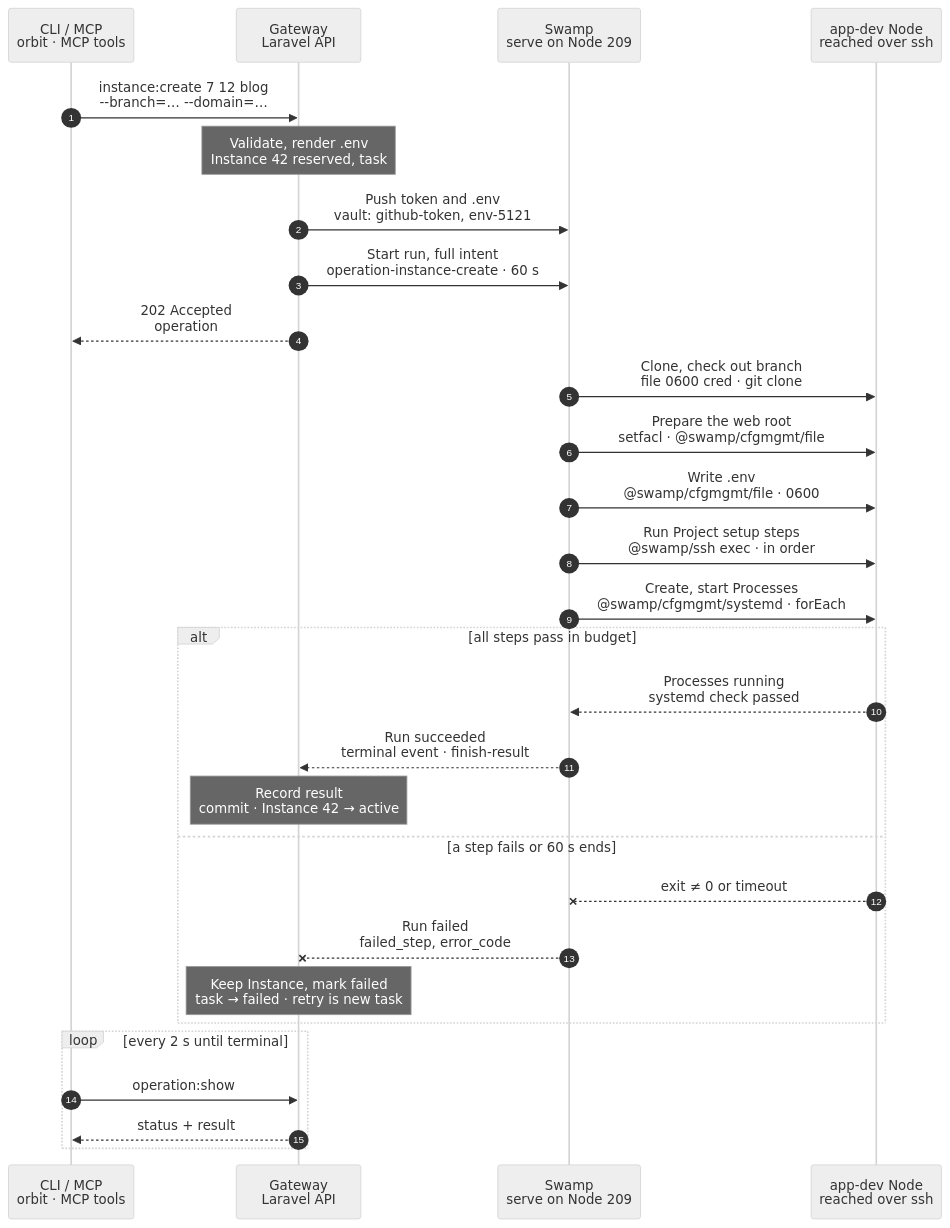
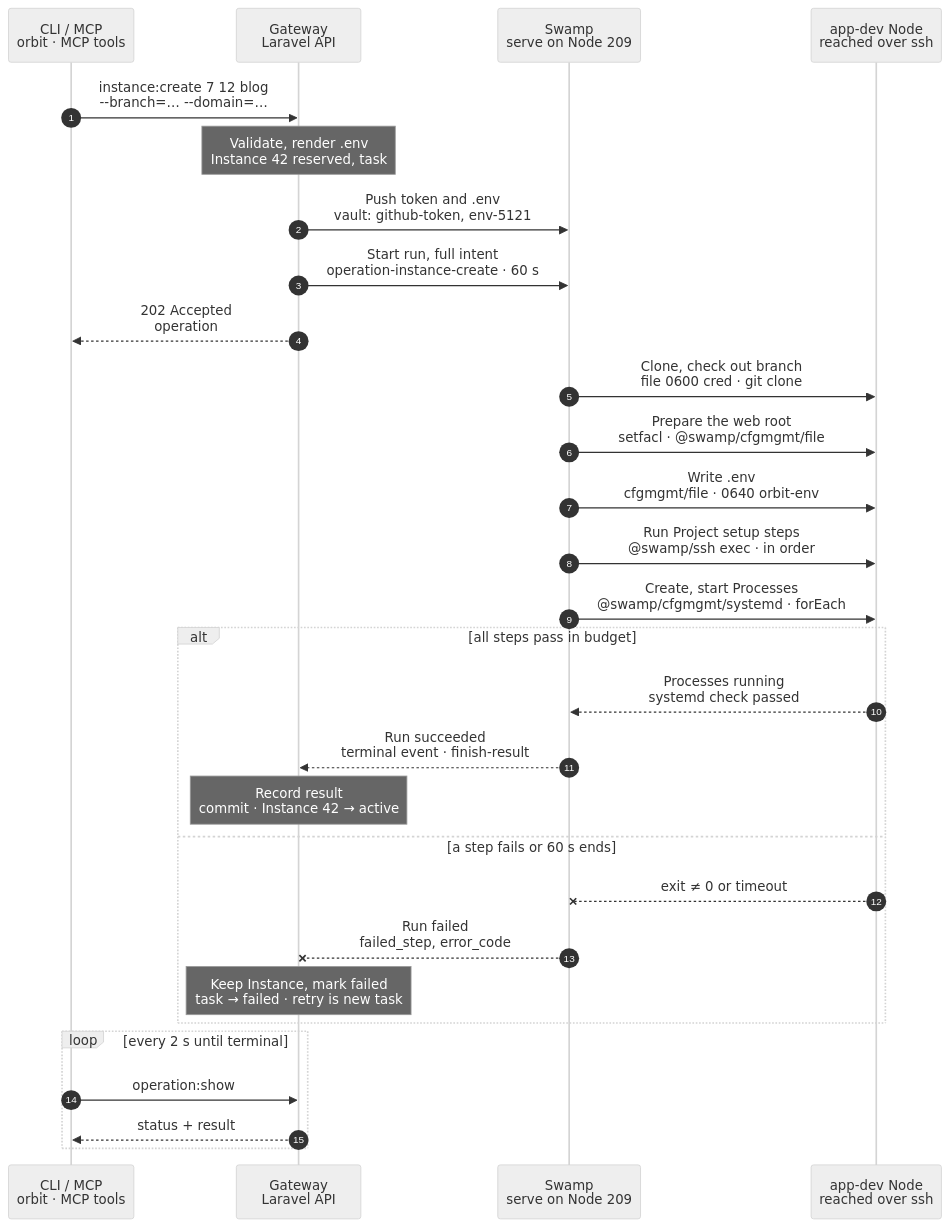
Before and after one commit to hardimpactdev/orbit: the diagram in docs/cli/instance/create.mmd, drawn with Mermaid (neutral theme). The commit also changed 64 other files, not shown here.

```diff
--- a/docs/cli/instance/create.mmd
+++ b/docs/cli/instance/create.mmd
@@ -1,165 +1,166 @@
 sequenceDiagram
   %% Target design: ADR 0244 task + full intent as inputs, single Swamp Node, DECISIONS 1 (token minted at admission, vault.get), Gateway renders .env from the Project env template (orbit-gateway-renders-create-env; Nick 2026-11-01), budget rule swamp-operation-time-budgets (<10 s, 60 s).
   %% Tightened: flow-tighten 2026-11-02, rules 1-22 (rule 22: cfgmgmt file/systemd, 0600 credential file for the private fetch).
   %% Decided: Nick 2026-11-02, .env.testing only for an owned MySQL/PostgreSQL database, rendered by the Gateway and written by the same file step.
   %% status: reviewed
   %% command: instance:create
   %% kind: instance.create
   autonumber
   %% lane CLI icon=terminal pill=caller tone=gray
   %% lane GW icon=gateway pill=intent tone=blue
   %% lane SW icon=workflow pill=executes tone=green
   %% lane N icon=server pill=target tone=amber
   participant CLI as CLI / MCP<br/>orbit · MCP tools
   participant GW as Gateway<br/>Laravel API
   participant SW as Swamp<br/>serve on Node 209
   participant N as app-dev Node<br/>reached over ssh
   CLI->>GW: instance:create 7 12 blog<br/>--branch=… --domain=…
   %%> Command:
   %%> - `orbit instance:create 7 12 blog --branch=feature/blog`
   %%> - syntax: `<project> <node> <name> [--branch=BRANCH] [--domain=HOST] [--root=PATH] [--database-server=SLUG]`
   %%> Input:
   %%> - Project, app-dev Node and Instance name
   %%> - optional: branch, domain, Database server for the Instance's database
   %%> Who can call it:
   %%> - the `orbit` CLI and the MCP tool send the same request
   Note over GW: Validate, render .env<br/>Instance 42 reserved, task #5121
   %%> Requirements:
   %%> - your Node has an access grant to Node 12
   %%> - the Node has the `app-dev` role
   %%> - the Project may be placed on this Node (not excluded)
   %%> - the Instance name and path are free
   %%> Renders .env:
   %%> - from the Project's stored env template, with its placeholders
   %%> - filled with Instance values: `APP_URL`, a new `APP_KEY`, database keys
   %%> Renders .env.testing:
   %%> - only when Instance 42 owns a database on a MySQL or PostgreSQL server
   %%> - the same `.env` with `APP_ENV=testing` and the test database credentials
   %%> - SQLite: none; `phpunit.xml` (`:memory:`) decides
   %%> Result:
   %%> - Instance 42 recorded as reserved, with its rendered environment
   %%> - task #5121 recorded with the full intent
   %%> - nothing has happened on the Node yet
   GW->>SW: Push token and .env<br/>vault: github-token, env-5121
   %%> Why:
   %%> - the repository is private, so the clone needs a GitHub token
   %%> - only the Gateway holds the GitHub App key
   %%> - `.env` can hold secrets, which travel only through the vault
   %%> What it does:
   %%> - mints a read token for this one repository, valid 1 hour
   %%> - pushes the token, the rendered `.env` and any `.env.testing` into Swamp's vault
   %%> Result:
   %%> - the run reads both from the vault; no step calls the Gateway back (decision 1)
   GW->>SW: Start run, full intent<br/>operation-instance-create · 60 s
   %%> What it does:
   %%> - starts one run of `operation-instance-create` on Swamp serve (Node 209)
   %%> Inputs:
   %%> - everything the run needs: Node address, paths, branch, setup steps
   %%> - secrets only as vault key names
   %%> Budget:
   %%> - 60 s for the whole run, target under 10 s
   GW-->>CLI: 202 Accepted<br/>operation #5121
   %%> What you get:
   %%> - the task number, at once
   %%> Next:
   %%> - the work continues in Swamp; the CLI follows it with `operation:show`
   SW->>N: Clone, check out branch<br/>file 0600 cred · git clone
   %%> How:
   %%> - Swamp reaches the Node over `@swamp/ssh` from 209
   %%> - `@swamp/cfgmgmt/file` writes the vault token as a 0600 credential file; git reads it, so the token never enters argv
   %%> What it does:
   %%> - clones the repository into the Instance path and checks out the branch
   %%> - removes the credential file at the end of the step
   %%> Returns:
   %%> - the checked-out commit, as this step's output
   %%> Retry:
   %%> - a guard skips the clone when the checkout already exists
   %%> Runs as:
   %%> - the Node's own user, not root
   SW->>N: Prepare the web root<br/>setfacl · @swamp/cfgmgmt/file
   %%> What it does:
   %%> - grants Caddy read access to the web root, and passage through the directories above it
   %%> - denies Caddy the rest of the checkout and its Git directory
   %%> - converges the shared PHP-FPM pool for Instance 42
   %%> How:
   %%> - one `setfacl` per directory as `@swamp/ssh exec` argv (no official ACL behavior)
   %%> - the pool file with `@swamp/cfgmgmt/file`, then a PHP-FPM reload with `@swamp/cfgmgmt/systemd`
   %%> - runs beside the next step; both need only the checkout
   %%> Why here:
   %%> - a one-time Instance setup; every Route of Instance 42 then serves without touching the checkout
   %%> Runs as:
   %%> - the Node's managed user; root only above every checkout
-  SW->>N: Write .env<br/>@swamp/cfgmgmt/file · 0600
+  SW->>N: Write .env<br/>cfgmgmt/file · 0640 orbit-env
   %%> What it does:
-  %%> - writes the rendered `.env` from `vault.get env-5121` into the checkout, owned by the Node user, mode 0600
+  %%> - creates the `orbit-env` group when the Node lacks it, with `@swamp/cfgmgmt/group`
+  %%> - writes the rendered `.env` from `vault.get env-5121` into the checkout as root, owned by the Node user with group `orbit-env`, mode 0640, so the Node agent can report its key names
   %%> - with an owned MySQL or PostgreSQL database, also writes `.env.testing` in the same `file` step, replacing its content; a Git-tracked `.env.testing` stays untouched
   %%> - selects the Node's Vite+ store for this Project (`VP_HOME`), so `vp` works in the setup steps
   %%> Not included:
   %%> - renders nothing; the Gateway already rendered `.env` and `.env.testing`
   %%> - installs no dependencies; `composer install` and `vp install` are setup steps
   %%> - starts no Process; that happens after the setup steps
   SW->>N: Run Project setup steps<br/>@swamp/ssh exec · in order
   %%> What it does:
   %%> - runs the Project's setup steps in order, as the Node's managed user, from the repository root
   %%> Typical steps:
   %%> - `composer install`
   %%> - `vp install`
   %%> - `php artisan migrate`
   %%> How:
   %%> - one `@swamp/ssh exec` per step; the first failure stops the run with that step's exit code
   %%> Limits:
   %%> - each step has its own timeout
   %%> - the whole run stays inside the 60 s budget
   SW->>N: Create, start Processes<br/>@swamp/cfgmgmt/systemd · forEach
   %%> What it does:
   %%> - creates the Instance's Processes from the Project's Process definitions for `development`
   %%> - starts them, for example the Vite dev server (`vp-dev`) or a queue worker
   %%> How:
   %%> - one `forEach` item per Process, all at once: the unit file and `ensure: running` in `@swamp/cfgmgmt/systemd`
   %%> - the behavior's `check` is the end check: each Process is running
   %%> Why here:
   %%> - after the setup steps, because Processes need the installed dependencies
   %%> Today:
   %%> - Project definitions only accept `production`; `development` must be added
   alt all steps pass in budget
     N-->>SW: Processes running<br/>systemd check passed
     %%> Returns:
     %%> - the systemd check passed for every Process
     %%> - the checked-out commit is already an output of the clone step
     %%> Not returned:
     %%> - nothing about `.env`; the Gateway rendered and stored it before the run
     SW-->>GW: Run succeeded<br/>terminal event · finish-result
   %%> How the Gateway learns it:
   %%> - its shared run reader sees the terminal event and reads the run's outputs
   %%> - Swamp never calls the Gateway; the Gateway reads
     Note over GW: Record result<br/>commit · Instance 42 → active
     %%> Result:
     %%> - the commit is recorded
     %%> - Instance 42 becomes active
     %%> - task #5121 succeeds
   else a step fails or 60 s ends
     N--xSW: exit ≠ 0 or timeout
   %%> When:
   %%> - a step exits with an error, or the 60 s budget runs out
   %%> Effect:
   %%> - the run stops at that step
     SW--xGW: Run failed<br/>failed_step, error_code
   %%> The Gateway reads:
   %%> - which step failed
   %%> - its error code
     Note over GW: Keep Instance, mark failed<br/>task → failed · retry is new task
   %%> Result:
   %%> - Instance 42 stays, marked failed, so you can see what happened
   %%> - task #5121 fails
   %%> Retry:
   %%> - a retry is a new task; the Gateway never re-runs work by itself
   end
   loop every 2 s until terminal
     CLI->>GW: operation:show #5121
   %%> What it does:
   %%> - asks for the task's status every 2 seconds until it has ended
     GW-->>CLI: status + result
   %%> Returns:
   %%> - the current status
   %%> - the result, once the task has ended
   end
```
